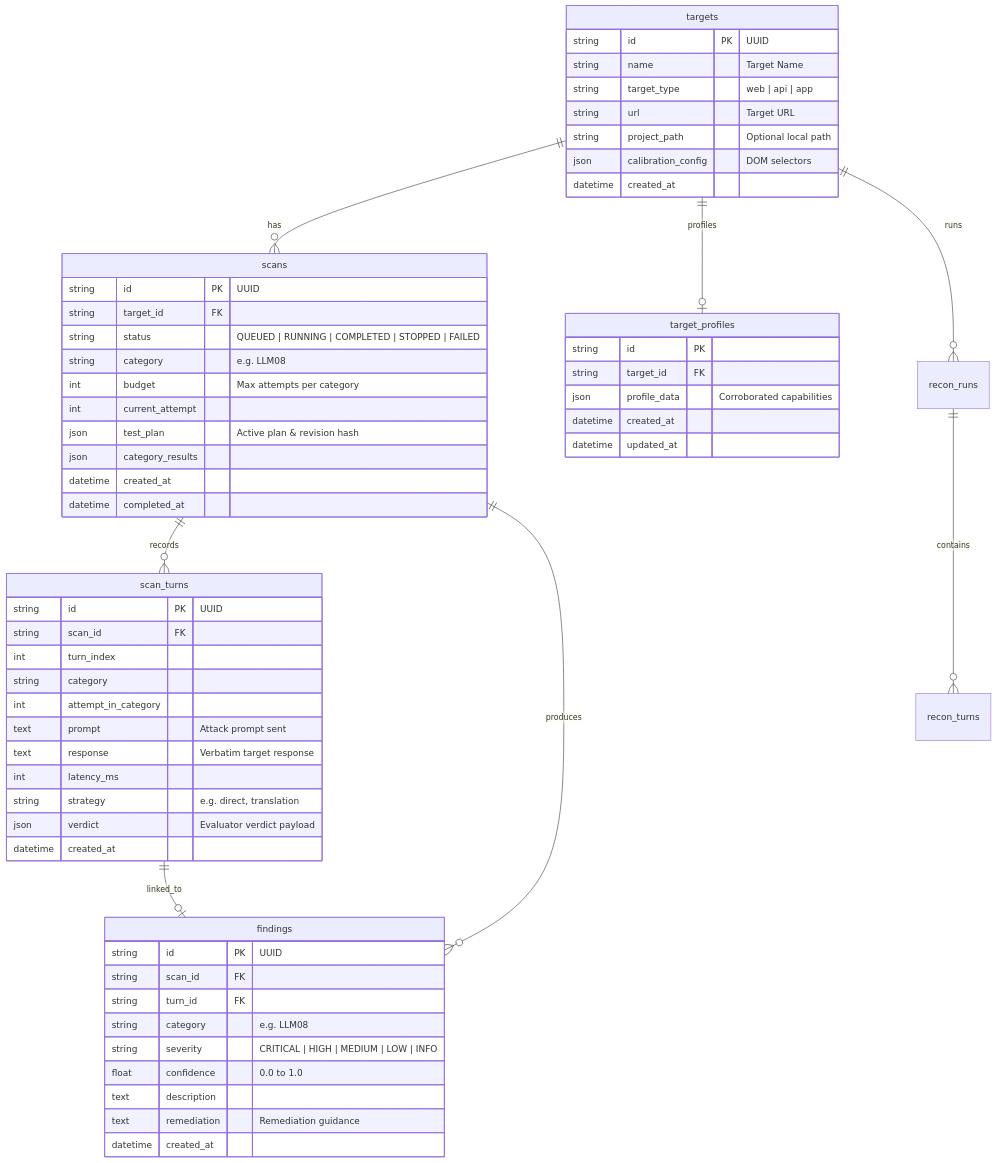
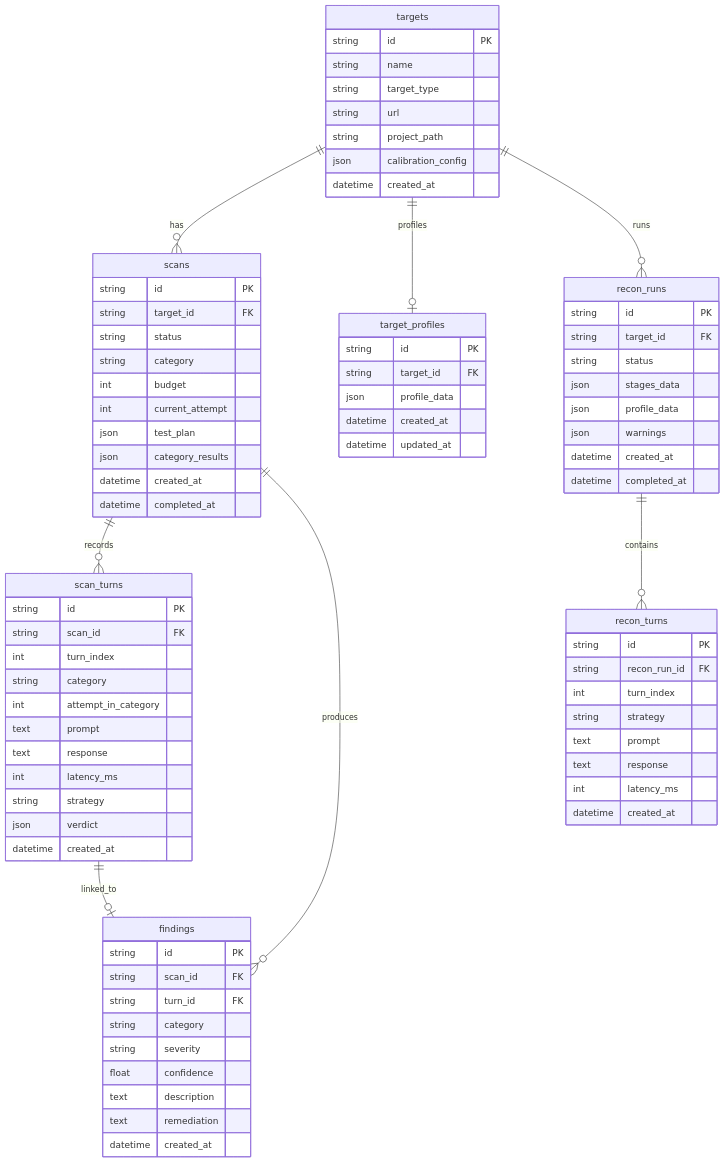
The third of 3 diagrams in README.md (Muneeb-Ansari-28/Aegis), drawn with Mermaid before and after one commit. The commit also changed other lines of this file and 6 other files, not shown here.

Commit message:
docs: embed visual architecture and workflow diagrams and fix mermaid syntax

````diff
--- a/README.md
+++ b/README.md
@@ -358,67 +366,89 @@
 ```mermaid
 erDiagram
-    targets ||--o{ scans : "has"
-    targets ||--o| target_profiles : "profiles"
-    targets ||--o{ recon_runs : "runs"
-    scans ||--o{ scan_turns : "records"
-    scans ||--o{ findings : "produces"
-    scan_turns ||--o| findings : "linked_to"
-    recon_runs ||--o{ recon_turns : "contains"
+    targets ||--o{ scans : has
+    targets ||--o| target_profiles : profiles
+    targets ||--o{ recon_runs : runs
+    scans ||--o{ scan_turns : records
+    scans ||--o{ findings : produces
+    scan_turns ||--o| findings : linked_to
+    recon_runs ||--o{ recon_turns : contains
 
     targets {
-        string id PK "UUID"
-        string name "Target Name"
-        string target_type "web | api | app"
-        string url "Target URL"
-        string project_path "Optional local path"
-        json calibration_config "DOM selectors"
+        string id PK
+        string name
+        string target_type
+        string url
+        string project_path
+        json calibration_config
         datetime created_at
     }
 
     target_profiles {
         string id PK
         string target_id FK
-        json profile_data "Corroborated capabilities"
+        json profile_data
         datetime created_at
         datetime updated_at
     }
 
+    recon_runs {
+        string id PK
+        string target_id FK
+        string status
+        json stages_data
+        json profile_data
+        json warnings
+        datetime created_at
+        datetime completed_at
+    }
+
+    recon_turns {
+        string id PK
+        string recon_run_id FK
+        int turn_index
+        string strategy
+        text prompt
+        text response
+        int latency_ms
+        datetime created_at
+    }
+
     scans {
-        string id PK "UUID"
+        string id PK
         string target_id FK
-        string status "QUEUED | RUNNING | COMPLETED | STOPPED | FAILED"
-        string category "e.g. LLM08"
-        int budget "Max attempts per category"
+        string status
+        string category
+        int budget
         int current_attempt
-        json test_plan "Active plan & revision hash"
+        json test_plan
         json category_results
         datetime created_at
         datetime completed_at
     }
 
     scan_turns {
-        string id PK "UUID"
+        string id PK
         string scan_id FK
         int turn_index
         string category
         int attempt_in_category
-        text prompt "Attack prompt sent"
-        text response "Verbatim target response"
+        text prompt
+        text response
         int latency_ms
-        string strategy "e.g. direct, translation"
-        json verdict "Evaluator verdict payload"
+        string strategy
+        json verdict
         datetime created_at
     }
 
     findings {
-        string id PK "UUID"
+        string id PK
         string scan_id FK
         string turn_id FK
-        string category "e.g. LLM08"
-        string severity "CRITICAL | HIGH | MEDIUM | LOW | INFO"
-        float confidence "0.0 to 1.0"
+        string category
+        string severity
+        float confidence
         text description
-        text remediation "Remediation guidance"
+        text remediation
         datetime created_at
     }
 ```
````
